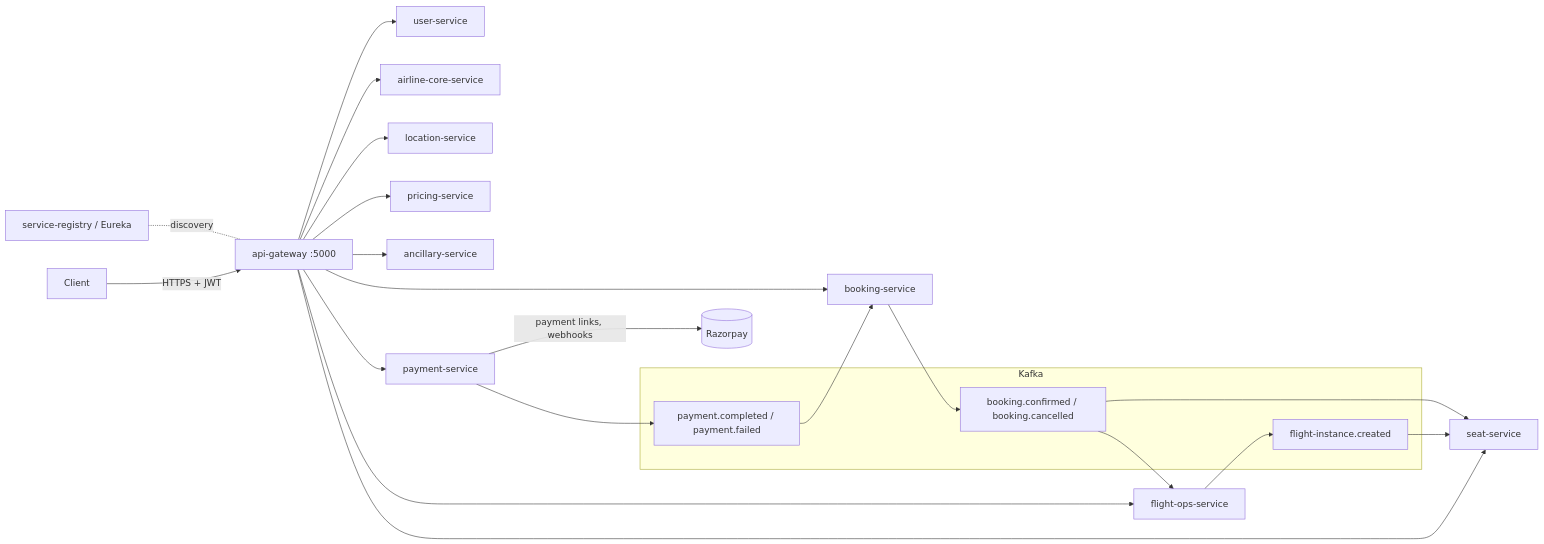
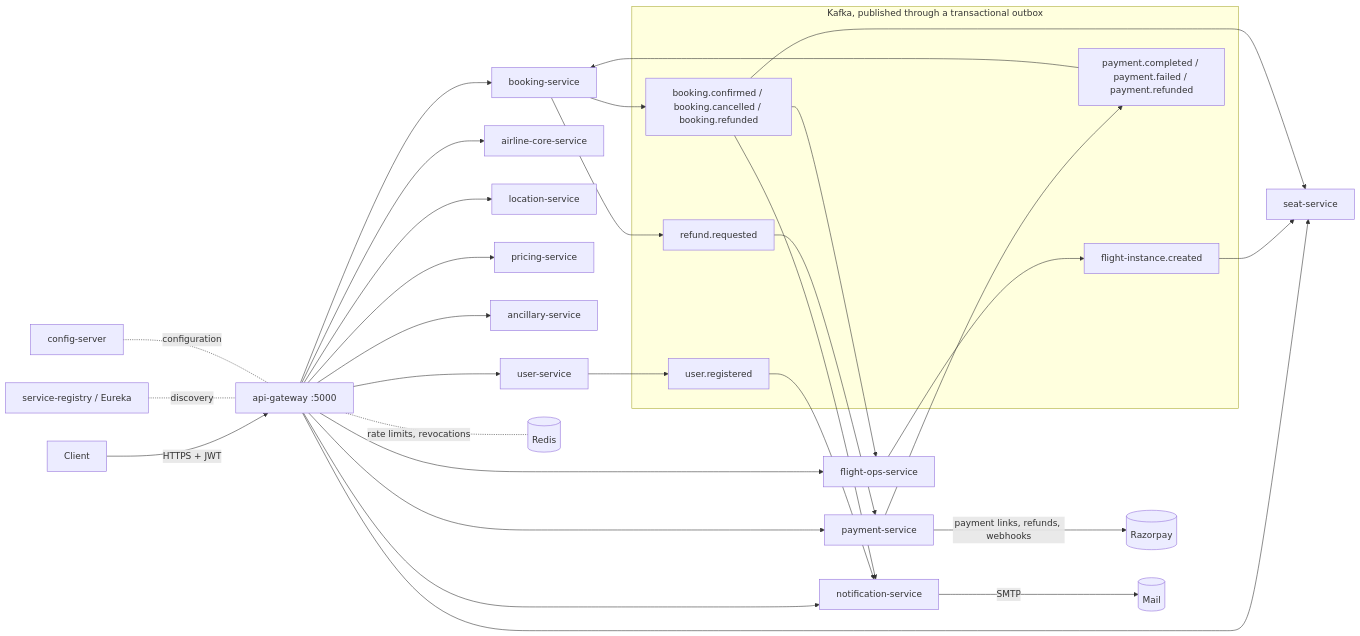
Before and after one commit to baldev-sinh/Airline-Platform: the first of 2 diagrams in README.md, drawn with Mermaid. The commit also changed other lines of this file and 517 other files, not shown here.

First line of the commit message:
Close the remaining production gaps: outbox, refunds, RS256 auth, rate limits

````diff
--- a/README.md
+++ b/README.md
@@ -11,24 +12,33 @@
 ```mermaid
 flowchart LR
     Client -->|HTTPS + JWT| GW[api-gateway :5000]
     GW --> USR[user-service]
     GW --> CORE[airline-core-service]
     GW --> LOC[location-service]
     GW --> OPS[flight-ops-service]
     GW --> PRC[pricing-service]
     GW --> SEAT[seat-service]
     GW --> ANC[ancillary-service]
     GW --> BKG[booking-service]
     GW --> PAY[payment-service]
-    PAY -->|payment links, webhooks| RZP[(Razorpay)]
+    GW --> NTF[notification-service]
+    PAY -->|payment links, refunds, webhooks| RZP[(Razorpay)]
     REG[service-registry / Eureka] -. discovery .- GW
-    subgraph Kafka
+    CFG[config-server] -. configuration .- GW
+    GW -. rate limits, revocations .- RDS[(Redis)]
+    NTF -->|SMTP| MAIL[(Mail)]
+    subgraph Kafka [Kafka, published through a transactional outbox]
       T1[flight-instance.created]
-      T2[payment.completed / payment.failed]
-      T3[booking.confirmed / booking.cancelled]
+      T2[payment.completed / payment.failed / payment.refunded]
+      T3[booking.confirmed / booking.cancelled / booking.refunded]
+      T4[refund.requested]
+      T5[user.registered]
     end
     OPS --> T1 --> SEAT
     PAY --> T2 --> BKG
     BKG --> T3 --> SEAT
     T3 --> OPS
+    BKG --> T4 --> PAY
+    USR --> T5 --> NTF
+    T3 --> NTF
 ```
````
